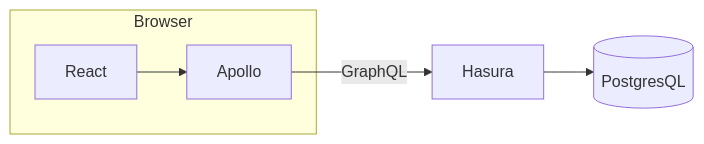
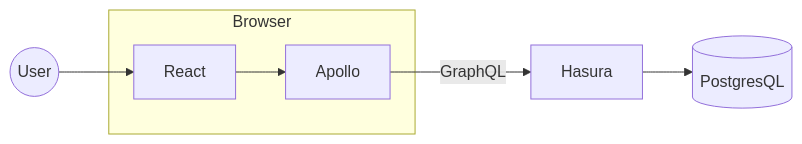
Before and after one commit to bonnetn/react-website: the diagram in README.md, drawn with Mermaid.

````diff
--- a/README.md
+++ b/README.md
@@ -10,11 +10,13 @@
 ```mermaid
 flowchart LR
+    user((User))
     hasura[Hasura]
     apollo[Apollo]
     react[React]
     db[(PostgresQL)]
+    user --> react
     subgraph Browser
     react --> apollo 
     end
     apollo -- GraphQL --> hasura --> db
 ```
````
